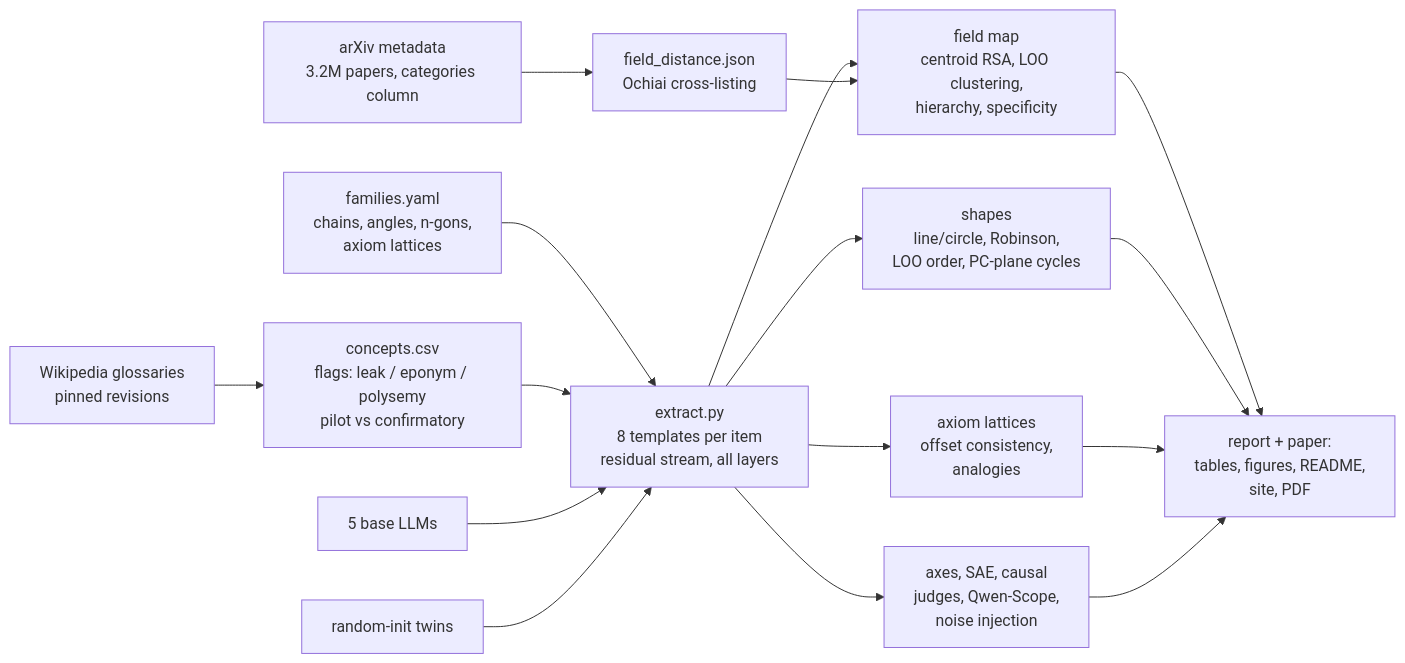
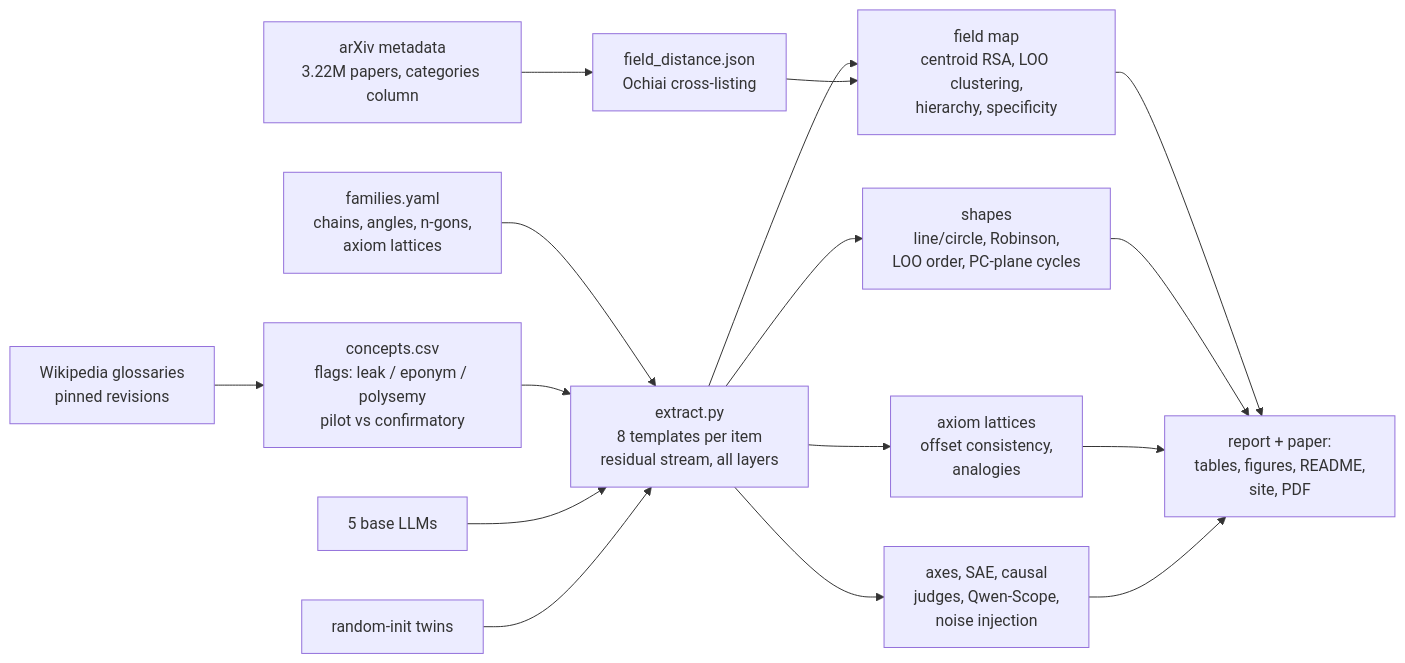
Before and after one commit to BurnyCoder/geometry-of-representations-of-mathematics-in-llms: the diagram in README.md, drawn with Mermaid. The commit also changed other lines of this file and 2 other files, not shown here.

````diff
--- a/README.md
+++ b/README.md
@@ -303,15 +303,15 @@
 ```mermaid
 flowchart LR
   W[Wikipedia glossaries<br/>pinned revisions] --> C[concepts.csv<br/>flags: leak / eponym / polysemy<br/>pilot vs confirmatory]
-  A[arXiv metadata<br/>3.2M papers, categories column] --> D[field_distance.json<br/>Ochiai cross-listing]
+  A[arXiv metadata<br/>3.22M papers, categories column] --> D[field_distance.json<br/>Ochiai cross-listing]
   F[families.yaml<br/>chains, angles, n-gons,<br/>axiom lattices] --> X
   C --> X[extract.py<br/>8 templates per item<br/>residual stream, all layers]
   M[5 base LLMs] --> X
   R[random-init twins] --> X
   X --> H1[field map<br/>centroid RSA, LOO clustering,<br/>hierarchy, specificity]
   D --> H1
   X --> H2[shapes<br/>line/circle, Robinson,<br/>LOO order, PC-plane cycles]
   X --> H3[axiom lattices<br/>offset consistency,<br/>analogies]
   X --> H4[axes, SAE, causal<br/>judges, Qwen-Scope,<br/>noise injection]
   H1 & H2 & H3 & H4 --> REP[report + paper:<br/>tables, figures, README,<br/>site, PDF]
 ```
````
